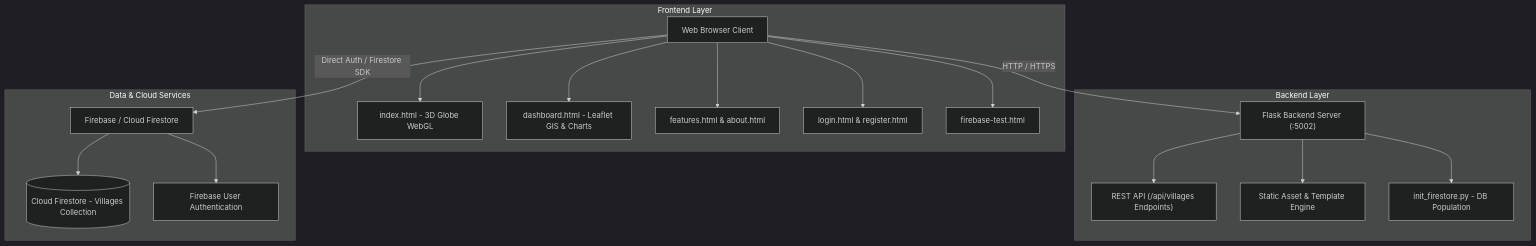
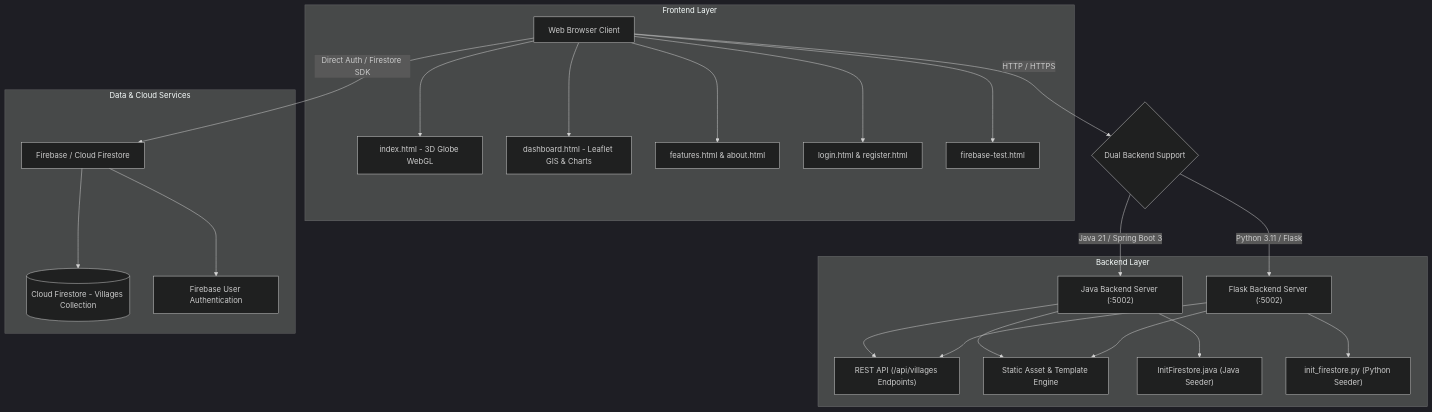
One commit to harshdewase51-collab/Smart-Gram changed the diagram in README.md. Above: the diagram before and after it, drawn with Mermaid (dark theme). The commit also changed other lines of this file, not shown here.

Commit message:
docs: document Java 21 & Spring Boot 3 backend in README architecture and quickstart

````diff
--- a/README.md
+++ b/README.md
@@ -75,24 +78,29 @@
 ```mermaid
 graph TD
-    Client["Web Browser Client"] -->|HTTP / HTTPS| FlaskServer["Flask Backend Server (:5002)"]
+    Client["Web Browser Client"] -->|HTTP / HTTPS| BackendChoice{"Dual Backend Support"}
+    BackendChoice -->|Java 21 / Spring Boot 3| JavaServer["Java Backend Server (:5002)"]
+    BackendChoice -->|Python 3.11 / Flask| FlaskServer["Flask Backend Server (:5002)"]
     Client -->|Direct Auth / Firestore SDK| FirebaseCloud["Firebase / Cloud Firestore"]
     
     subgraph Frontend Layer
         Client --> Home["index.html - 3D Globe WebGL"]
         Client --> Dashboard["dashboard.html - Leaflet GIS & Charts"]
         Client --> Features["features.html & about.html"]
         Client --> AuthPages["login.html & register.html"]
         Client --> Diagnostic["firebase-test.html"]
     end
 
     subgraph Backend Layer
-        FlaskServer --> REST_API["REST API (/api/villages Endpoints)"]
-        FlaskServer --> StaticServer["Static Asset & Template Engine"]
-        FlaskServer --> InitScript["init_firestore.py - DB Population"]
+        JavaServer --> REST_API["REST API (/api/villages Endpoints)"]
+        JavaServer --> StaticServer["Static Asset & Template Engine"]
+        FlaskServer --> REST_API
+        FlaskServer --> StaticServer
+        JavaServer --> JavaInit["InitFirestore.java (Java Seeder)"]
+        FlaskServer --> InitScript["init_firestore.py (Python Seeder)"]
     end
 
     subgraph Data & Cloud Services
         FirebaseCloud --> FirestoreDB[("Cloud Firestore - Villages Collection")]
         FirebaseCloud --> FirebaseAuth["Firebase User Authentication"]
     end
 ```
````
